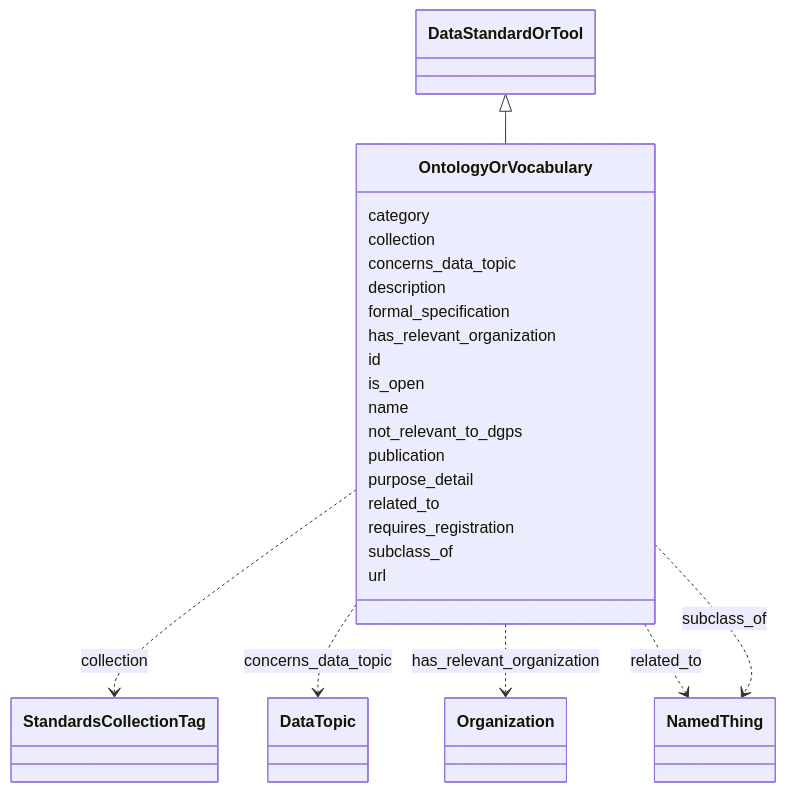
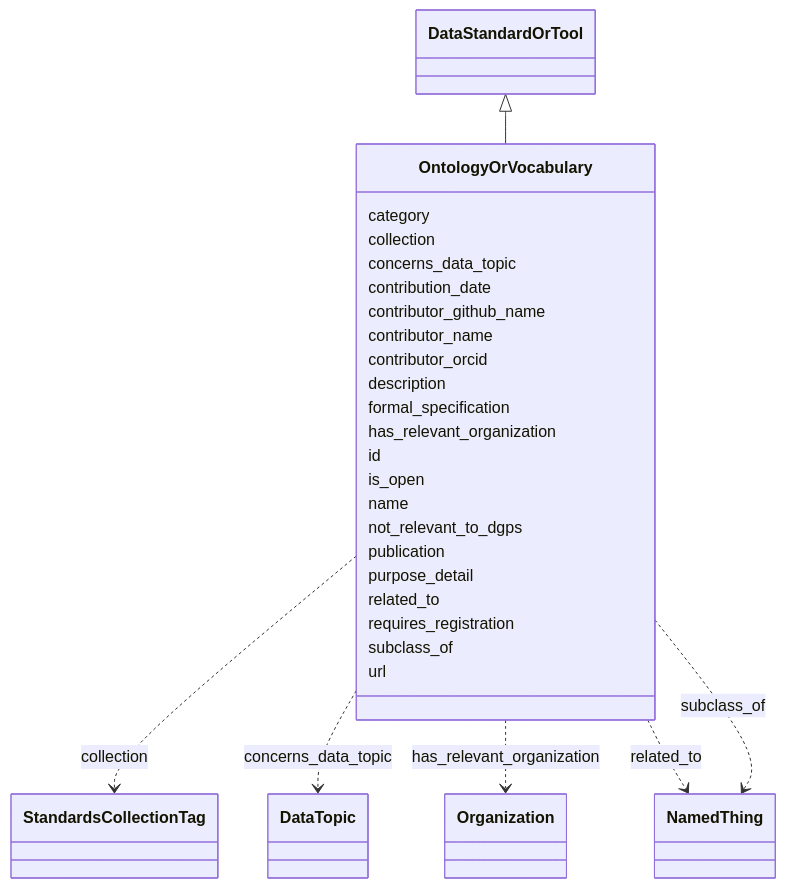
The diagram in docs/OntologyOrVocabulary.md (bridge2ai/standards-schemas), drawn with Mermaid before and after one commit. The commit also changed other lines of this file and 51 other files, not shown here.

````diff
--- a/docs/OntologyOrVocabulary.md
+++ b/docs/OntologyOrVocabulary.md
@@ -11,49 +11,57 @@
 ```mermaid
  classDiagram
     class OntologyOrVocabulary
       DataStandardOrTool <|-- OntologyOrVocabulary
       
       OntologyOrVocabulary : category
         
       OntologyOrVocabulary : collection
         
           OntologyOrVocabulary ..> StandardsCollectionTag : collection
         
       OntologyOrVocabulary : concerns_data_topic
         
           OntologyOrVocabulary ..> DataTopic : concerns_data_topic
+        
+      OntologyOrVocabulary : contribution_date
+        
+      OntologyOrVocabulary : contributor_github_name
+        
+      OntologyOrVocabulary : contributor_name
+        
+      OntologyOrVocabulary : contributor_orcid
         
       OntologyOrVocabulary : description
         
       OntologyOrVocabulary : formal_specification
         
       OntologyOrVocabulary : has_relevant_organization
         
           OntologyOrVocabulary ..> Organization : has_relevant_organization
         
       OntologyOrVocabulary : id
         
       OntologyOrVocabulary : is_open
         
       OntologyOrVocabulary : name
         
       OntologyOrVocabulary : not_relevant_to_dgps
         
       OntologyOrVocabulary : publication
         
       OntologyOrVocabulary : purpose_detail
         
       OntologyOrVocabulary : related_to
         
           OntologyOrVocabulary ..> NamedThing : related_to
         
       OntologyOrVocabulary : requires_registration
         
       OntologyOrVocabulary : subclass_of
         
           OntologyOrVocabulary ..> NamedThing : subclass_of
         
       OntologyOrVocabulary : url
         
       
 ```
````
